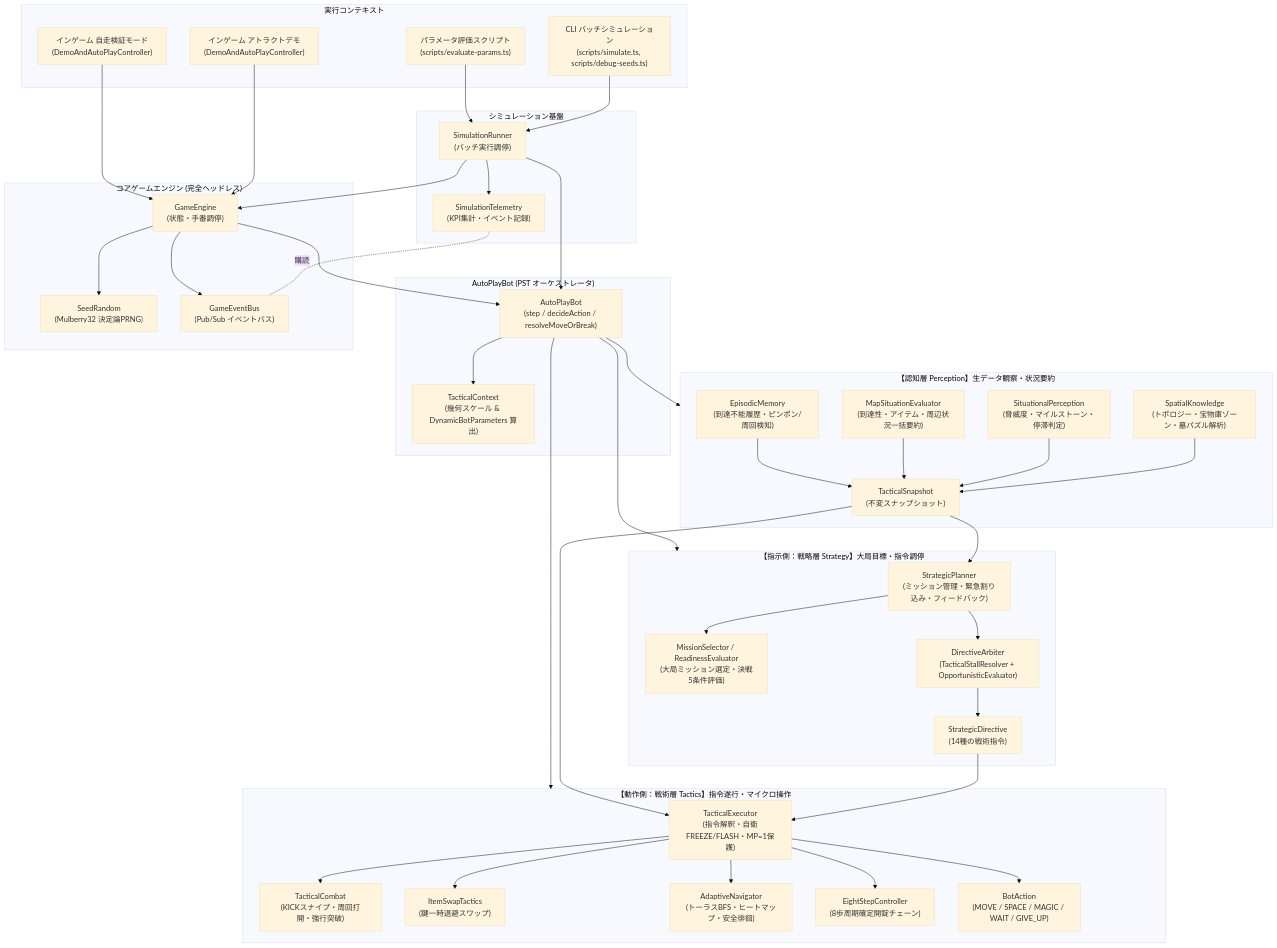
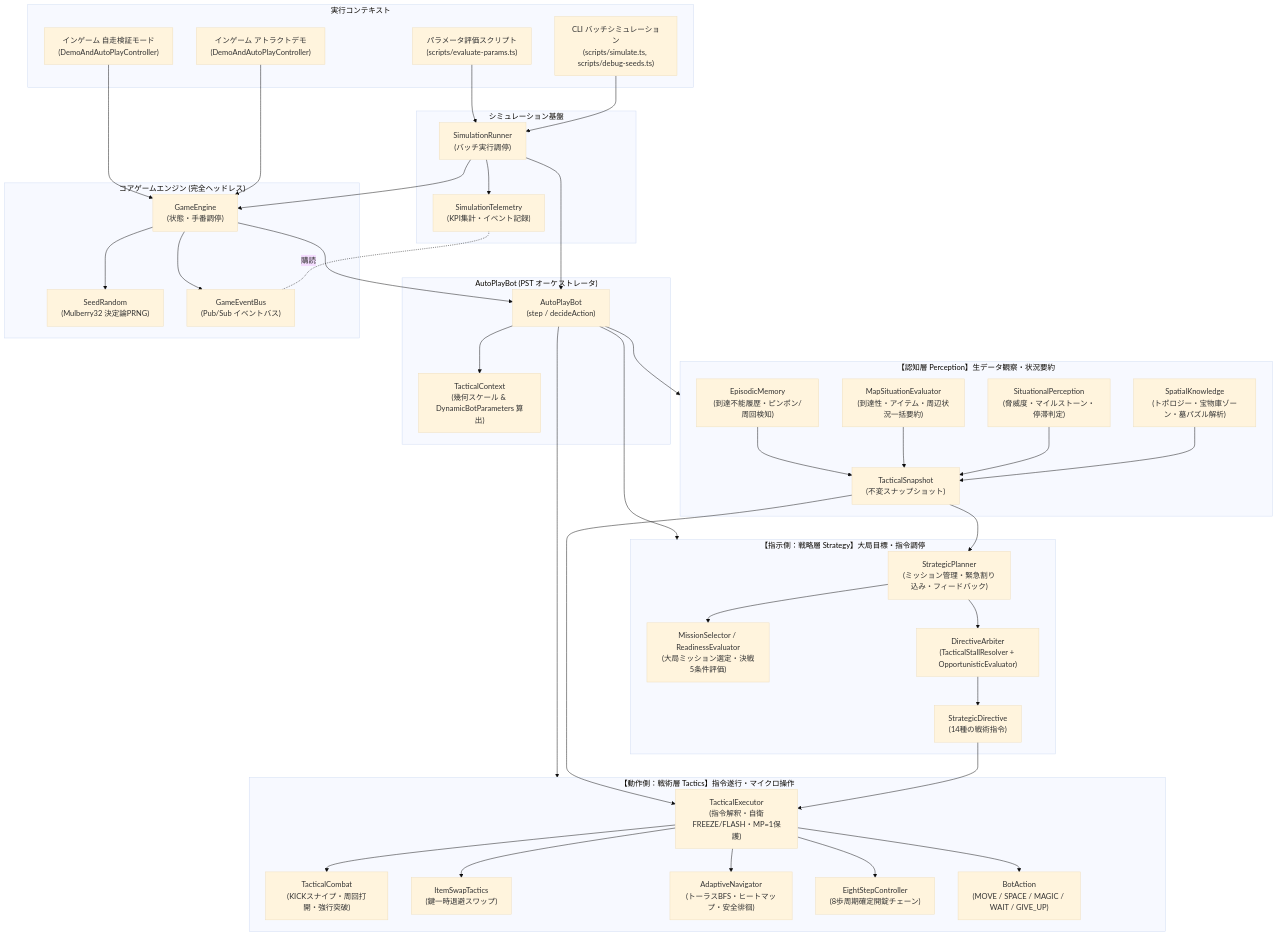
One commit to e3sh/ds1 changed the first of 2 diagrams in docs/autoplay_and_simulation_spec.md. Above: the diagram before and after it, drawn with Mermaid (base theme). The commit also changed other lines of this file and 13 other files, not shown here.

First line of the commit message:
Refactor AutoPlayBot

````diff
--- a/docs/autoplay_and_simulation_spec.md
+++ b/docs/autoplay_and_simulation_spec.md
@@ -25,80 +25,80 @@
 ```mermaid
 flowchart TD
     subgraph Execution_Contexts ["実行コンテキスト"]
         CLI["CLI バッチシミュレーション<br>(scripts/simulate.ts, scripts/debug-seeds.ts)"]
         PARAM["パラメータ評価スクリプト<br>(scripts/evaluate-params.ts)"]
         DEMO["インゲーム アトラクトデモ<br>(DemoAndAutoPlayController)"]
         VERIFY["インゲーム 自走検証モード<br>(DemoAndAutoPlayController)"]
     end
 
     subgraph Simulation_Layer ["シミュレーション基盤"]
         Runner["SimulationRunner<br>(バッチ実行調停)"]
         Telemetry["SimulationTelemetry<br>(KPI集計・イベント記録)"]
     end
 
     subgraph Bot_Orchestrator ["AutoPlayBot (PST オーケストレータ)"]
-        Bot["AutoPlayBot<br>(step / decideAction / resolveMoveOrBreak)"]
+        Bot["AutoPlayBot<br>(step / decideAction)"]
         PARAMS["TacticalContext<br>(幾何スケール & DynamicBotParameters 算出)"]
     end
 
     subgraph Perception_Layer ["【認知層 Perception】生データ観察・状況要約"]
         SK["SpatialKnowledge<br>(トポロジー・宝物庫ゾーン・墓パズル解析)"]
         SP["SituationalPerception<br>(脅威度・マイルストーン・停滞判定)"]
         MSE["MapSituationEvaluator<br>(到達性・アイテム・周辺状況一括要約)"]
         EM["EpisodicMemory<br>(到達不能履歴・ピンポン/周回検知)"]
         TS["TacticalSnapshot<br>(不変スナップショット)"]
         SK --> TS
         SP --> TS
         MSE --> TS
         EM --> TS
     end
 
     subgraph Strategy_Layer ["【指示側：戦略層 Strategy】大局目標・指令調停"]
         SP_Plan["StrategicPlanner<br>(ミッション管理・緊急割り込み・フィードバック)"]
         MS["MissionSelector / ReadinessEvaluator<br>(大局ミッション選定・決戦5条件評価)"]
         DA["DirectiveArbiter<br>(TacticalStallResolver + OpportunisticEvaluator)"]
         DIR["StrategicDirective<br>(14種の戦術指令)"]
         TS --> SP_Plan
         SP_Plan --> MS
         SP_Plan --> DA
         DA --> DIR
     end
 
     subgraph Tactics_Layer ["【動作側：戦術層 Tactics】指令遂行・マイクロ操作"]
         TE["TacticalExecutor<br>(指令解釈・自衛FREEZE/FLASH・MP=1保護)"]
         TC["TacticalCombat<br>(KICKスナイプ・周回打開・強行突破)"]
         SWAP["ItemSwapTactics<br>(鍵一時退避スワップ)"]
         NAV["AdaptiveNavigator<br>(トーラスBFS・ヒートマップ・安全徘徊)"]
         EightStep["EightStepController<br>(8歩周期確定開錠チェーン)"]
         ACTION["BotAction<br>(MOVE / SPACE / MAGIC / WAIT / GIVE_UP)"]
         DIR --> TE
         TS --> TE
         TE --> TC
         TE --> SWAP
         TE --> NAV
         TE --> EightStep
         TE --> ACTION
     end
 
     subgraph Core_Engine ["コアゲームエンジン (完全ヘッドレス)"]
         Engine["GameEngine<br>(状態・手番調停)"]
         RNG["SeedRandom<br>(Mulberry32 決定論PRNG)"]
         Bus["GameEventBus<br>(Pub/Sub イベントバス)"]
     end
 
     CLI --> Runner
     PARAM --> Runner
     Runner --> Bot
     Runner --> Telemetry
     Runner --> Engine
     DEMO --> Engine
     VERIFY --> Engine
     Engine --> Bot
     Bot --> PARAMS
     Bot --> Perception_Layer
     Bot --> Strategy_Layer
     Bot --> Tactics_Layer
     Telemetry -.購読.- Bus
     Engine --> Bus
     Engine --> RNG
 ```
````
